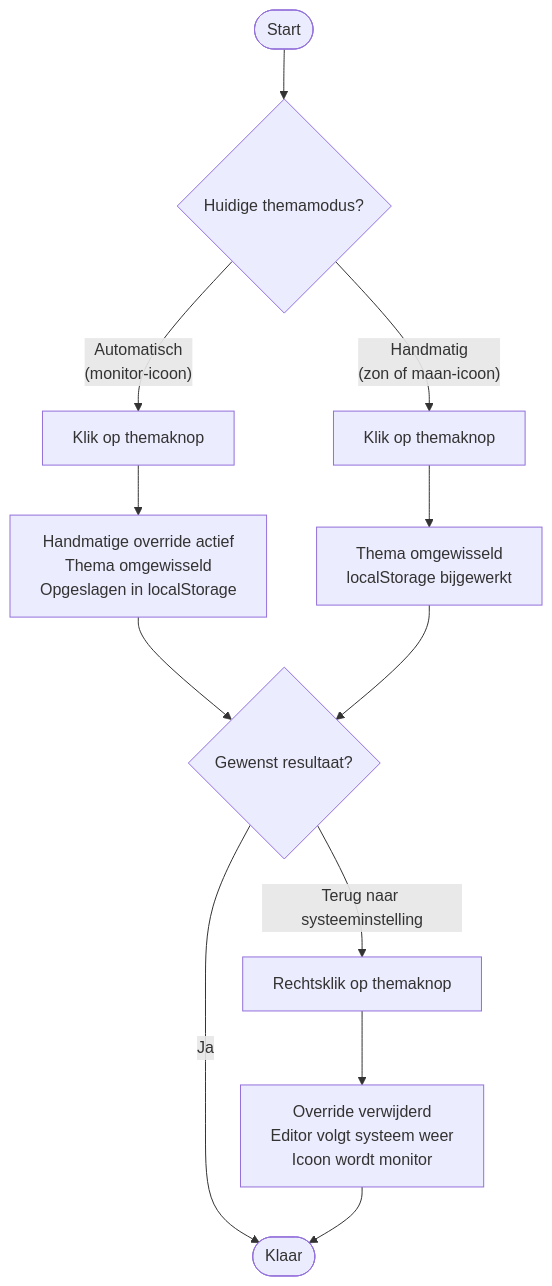
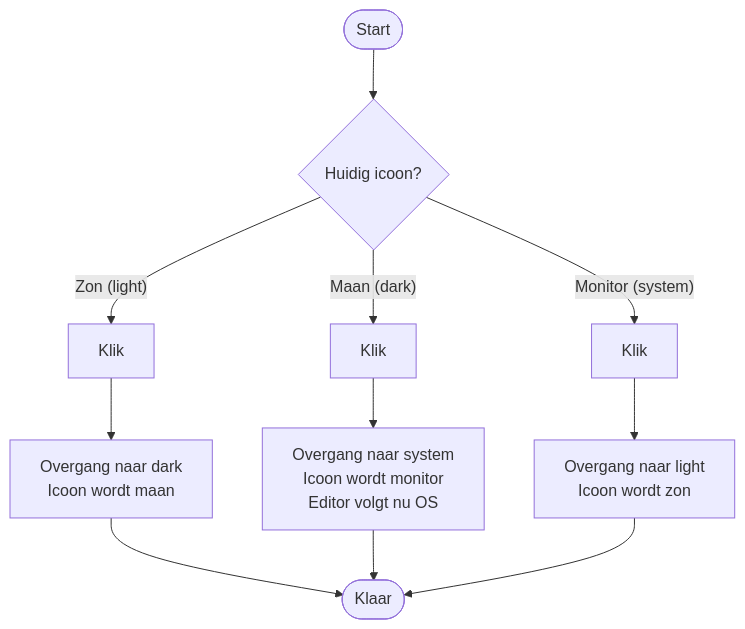
One commit to GRJX/mmd-flowchart changed diagram 15 of 18 in docs/USERFLOWS.md. Above: the diagram before and after it, drawn with Mermaid. The commit also changed other lines of this file and 57 other files, not shown here.

````diff
--- a/docs/USERFLOWS.md
+++ b/docs/USERFLOWS.md
@@ -237,16 +309,13 @@
 ```mermaid
 flowchart TD
-    A([Start]) --> B{Huidige themamodus?}
-
-    B -- "Automatisch<br>(monitor-icoon)" --> C[Klik op themaknop]
-    C --> D["Handmatige override actief<br>Thema omgewisseld<br>Opgeslagen in localStorage"]
-    D --> E{Gewenst resultaat?}
-    E -- Ja --> F([Klaar])
-    E -- "Terug naar systeeminstelling" --> G[Rechtsklik op themaknop]
-    G --> H["Override verwijderd<br>Editor volgt systeem weer<br>Icoon wordt monitor"]
-    H --> F
-
-    B -- "Handmatig<br>(zon of maan-icoon)" --> I[Klik op themaknop]
-    I --> J["Thema omgewisseld<br>localStorage bijgewerkt"]
-    J --> E
+    A([Start]) --> B{Huidig icoon?}
+    B -- "Zon (light)" --> C[Klik]
+    C --> D["Overgang naar dark<br>Icoon wordt maan"]
+    B -- "Maan (dark)" --> E[Klik]
+    E --> F["Overgang naar system<br>Icoon wordt monitor<br>Editor volgt nu OS"]
+    B -- "Monitor (system)" --> G[Klik]
+    G --> H["Overgang naar light<br>Icoon wordt zon"]
+    D --> I([Klaar])
+    F --> I
+    H --> I
 ```
````
